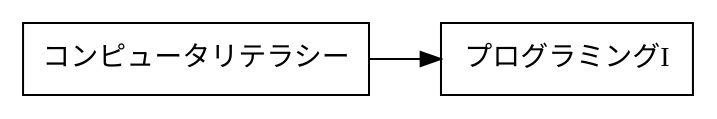
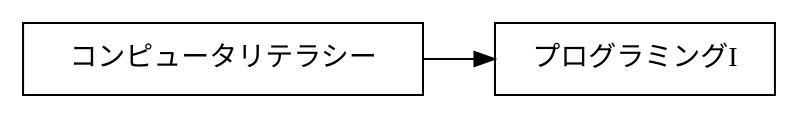
One commit to DCS-1-301-02/graph changed the first of 3 diagrams in exercise.md. Above: the diagram before and after it, drawn with Graphviz. The commit also changed other lines of this file and 1 other file, not shown here.

Commit message:
delete "{code_block}" to adapt the change of markdown-preview-enhanced

````diff
--- a/exercise.md
+++ b/exercise.md
@@ -9,8 +11,8 @@
-```graphviz {code_block}
+```graphviz
 digraph {
     rankdir = "LR";
     node [shape=box];
 
-    "コンピュータリテラシー" -> "プログラミングI ";
+    "     コンピュータリテラシー    " -> "   プログラミングI  ";
 }
 ```
````
